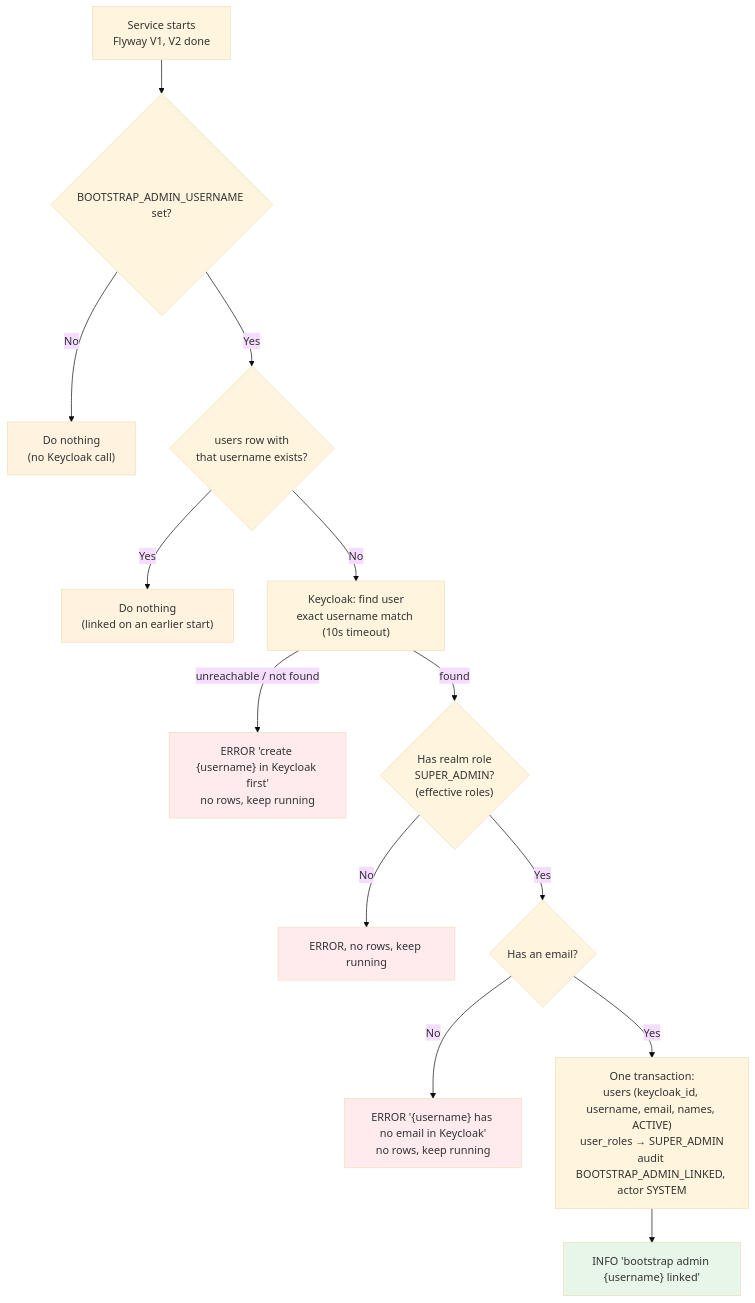
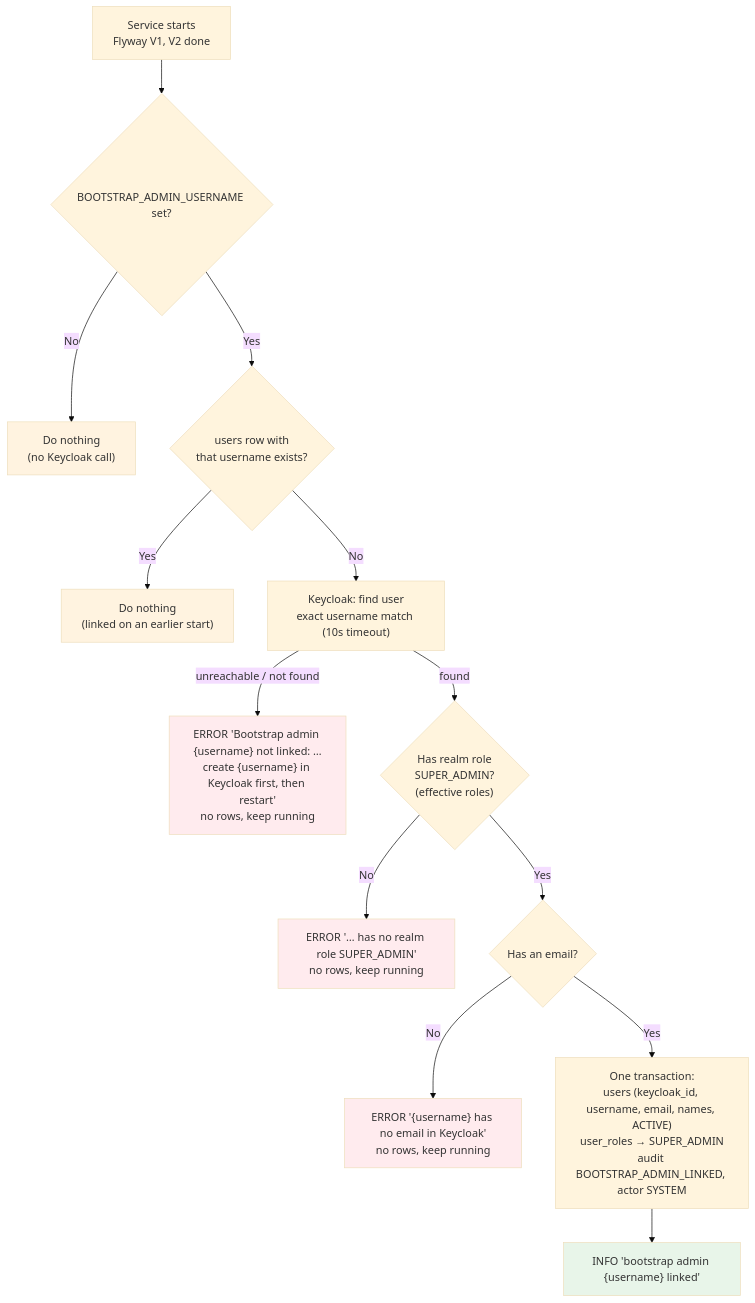
One commit to mehul-kunwar-tarento/cce-admin-service changed diagram 12 of 13 in docs/flow-diagrams.md. Above: the diagram before and after it, drawn with Mermaid (base theme). The commit also changed other lines of this file and 4 other files, not shown here.

First line of the commit message:
S2a.5: Docs for the bootstrap admin

````diff
--- a/docs/flow-diagrams.md
+++ b/docs/flow-diagrams.md
@@ -492,22 +494,22 @@
 ```mermaid
 flowchart TD
     A["Service starts<br/>Flyway V1, V2 done"] --> B{"BOOTSTRAP_ADMIN_USERNAME set?"}
     B -->|No| SKIP1["Do nothing<br/>(no Keycloak call)"]
     B -->|Yes| C{"users row with<br/>that username exists?"}
     C -->|Yes| SKIP2["Do nothing<br/>(linked on an earlier start)"]
     C -->|No| D["Keycloak: find user<br/>exact username match (10s timeout)"]
-    D -->|"unreachable / not found"| E1["ERROR 'create {username} in Keycloak first'<br/>no rows, keep running"]
+    D -->|"unreachable / not found"| E1["ERROR 'Bootstrap admin {username} not linked: …<br/>create {username} in Keycloak first, then restart'<br/>no rows, keep running"]
     D -->|found| F{"Has realm role<br/>SUPER_ADMIN?<br/>(effective roles)"}
-    F -->|No| E2["ERROR, no rows, keep running"]
+    F -->|No| E2["ERROR '… has no realm role SUPER_ADMIN'<br/>no rows, keep running"]
     F -->|Yes| G{"Has an email?"}
     G -->|No| E3["ERROR '{username} has no email in Keycloak'<br/>no rows, keep running"]
     G -->|Yes| T["One transaction:<br/>users (keycloak_id, username, email, names, ACTIVE)<br/>user_roles → SUPER_ADMIN<br/>audit BOOTSTRAP_ADMIN_LINKED, actor SYSTEM"]
     T --> OK["INFO 'bootstrap admin {username} linked'"]
 
     style OK fill:#e8f5e9
     style SKIP1 fill:#fff3e0
     style SKIP2 fill:#fff3e0
     style E1 fill:#ffebee
     style E2 fill:#ffebee
     style E3 fill:#ffebee
 ```
````
